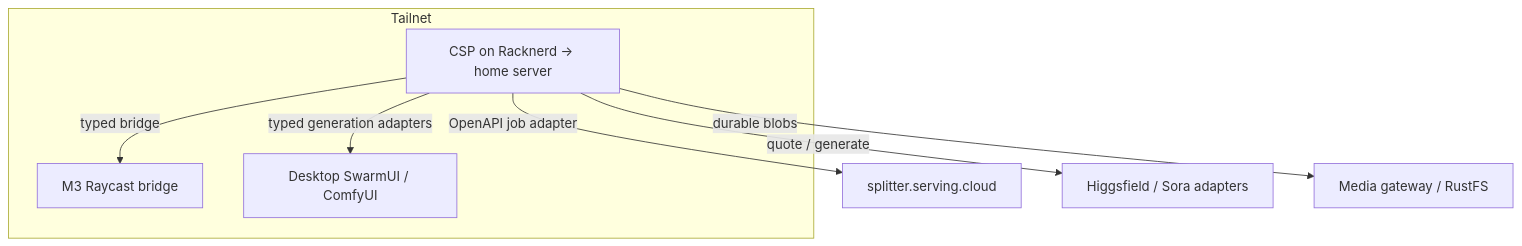
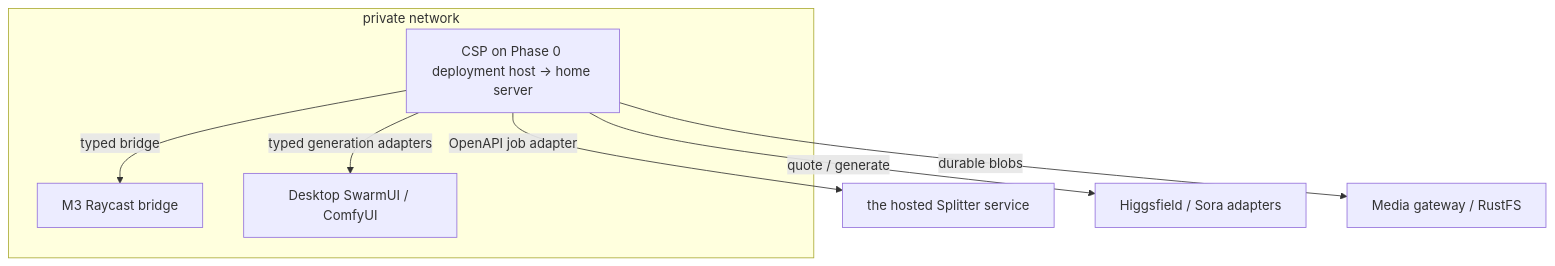
Before and after one commit to gordo-v1su4/creative-studio-pro: the second of 2 diagrams in docs/planning/architecture/architecture-creative-studio-pro-2026-08-22/ARCHITECTURE-SPINE.md, drawn with Mermaid. The commit also changed other lines of this file and 22 other files, not shown here.

````diff
--- a/docs/planning/architecture/architecture-creative-studio-pro-2026-08-22/ARCHITECTURE-SPINE.md
+++ b/docs/planning/architecture/architecture-creative-studio-pro-2026-08-22/ARCHITECTURE-SPINE.md
@@ -259,16 +259,16 @@
 ```mermaid
 flowchart TB
-  subgraph Tailnet
-    CSP[CSP on Racknerd → home server]
+  subgraph private network
+    CSP[CSP on Phase 0 deployment host → home server]
     M3[M3 Raycast bridge]
     DESKTOP[Desktop SwarmUI / ComfyUI]
   end
-  SPLITTER[splitter.serving.cloud]
+  SPLITTER[the hosted Splitter service]
   HIGGS[Higgsfield / Sora adapters]
   MEDIA[Media gateway / RustFS]
   CSP -->|typed bridge| M3
   CSP -->|OpenAPI job adapter| SPLITTER
   CSP -->|typed generation adapters| DESKTOP
   CSP -->|quote / generate| HIGGS
   CSP -->|durable blobs| MEDIA
 ```
````
